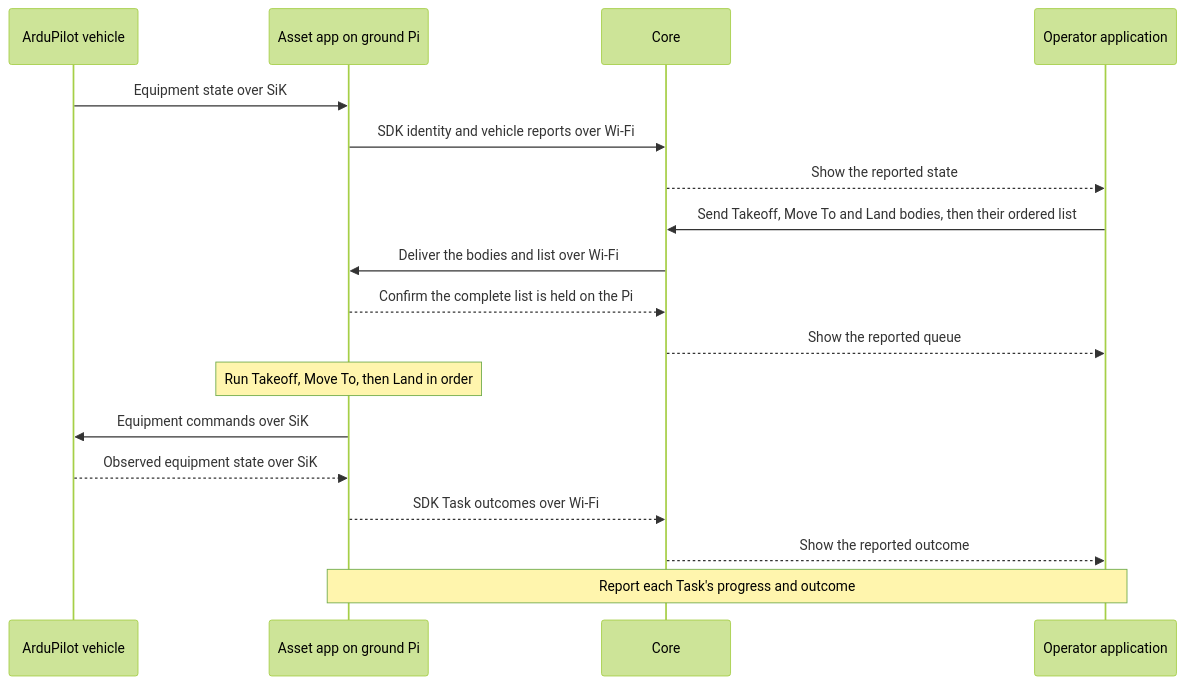
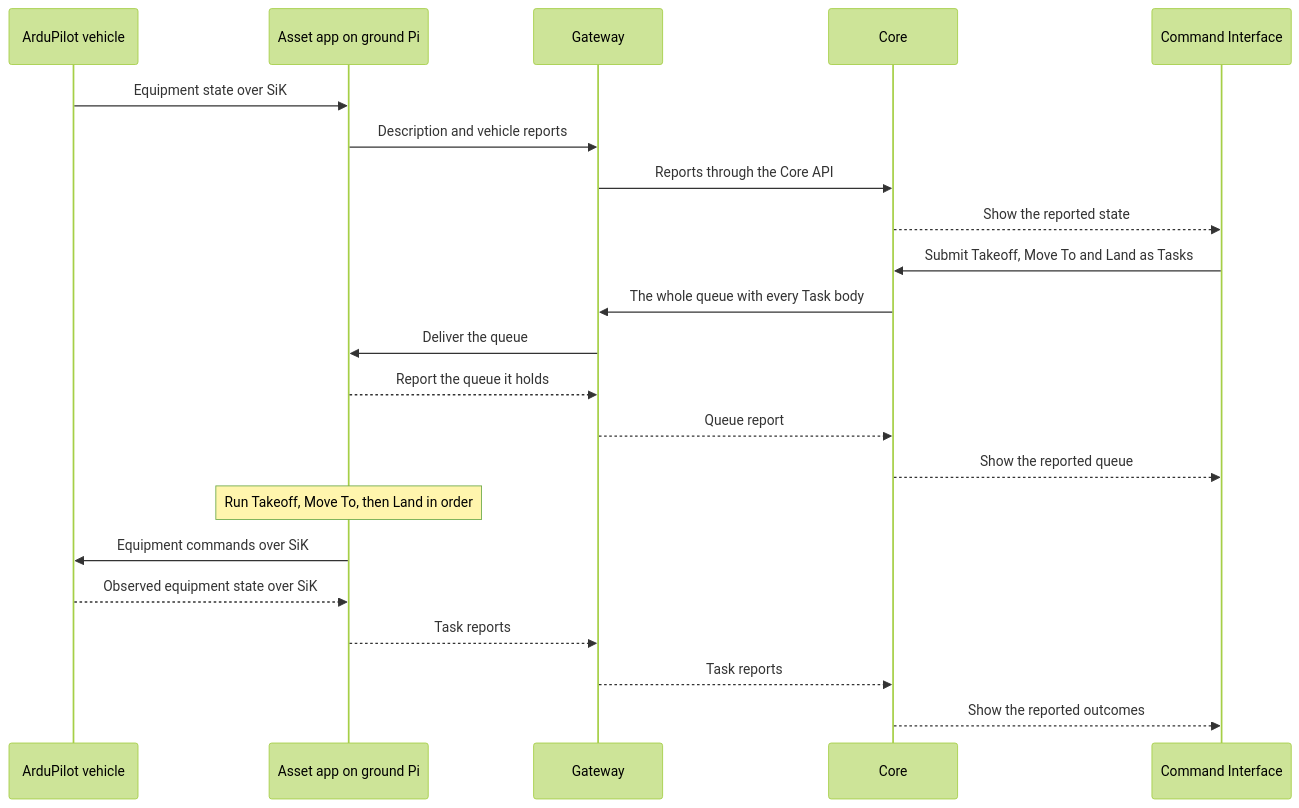
One commit to atlas-field-systems/atlas changed the diagram in atlas/first-flight.md. Above: the diagram before and after it, drawn with Mermaid (forest theme). The commit also changed other lines of this file and 7 other files, not shown here.

First line of the commit message:
Move the remaining Charter pages to the Core API direction

````diff
--- a/atlas/first-flight.md
+++ b/atlas/first-flight.md
@@ -36,20 +37,24 @@
 ```mermaid
 sequenceDiagram
     participant Drone as ArduPilot vehicle
     participant Pi as Asset app on ground Pi
+    participant GW as Gateway
     participant Core
-    participant App as Operator application
+    participant UI as Command Interface
     Drone->>Pi: Equipment state over SiK
-    Pi->>Core: SDK identity and vehicle reports over Wi-Fi
-    Core-->>App: Show the reported state
-    App->>Core: Send Takeoff, Move To and Land bodies, then their ordered list
-    Core->>Pi: Deliver the bodies and list over Wi-Fi
-    Pi-->>Core: Confirm the complete list is held on the Pi
-    Core-->>App: Show the reported queue
+    Pi->>GW: Description and vehicle reports
+    GW->>Core: Reports through the Core API
+    Core-->>UI: Show the reported state
+    UI->>Core: Submit Takeoff, Move To and Land as Tasks
+    Core->>GW: The whole queue with every Task body
+    GW->>Pi: Deliver the queue
+    Pi-->>GW: Report the queue it holds
+    GW-->>Core: Queue report
+    Core-->>UI: Show the reported queue
     Note over Pi: Run Takeoff, Move To, then Land in order
     Pi->>Drone: Equipment commands over SiK
     Drone-->>Pi: Observed equipment state over SiK
-    Pi-->>Core: SDK Task outcomes over Wi-Fi
-    Core-->>App: Show the reported outcome
-    Note over Pi,App: Report each Task's progress and outcome
+    Pi-->>GW: Task reports
+    GW-->>Core: Task reports
+    Core-->>UI: Show the reported outcomes
 ```
````
